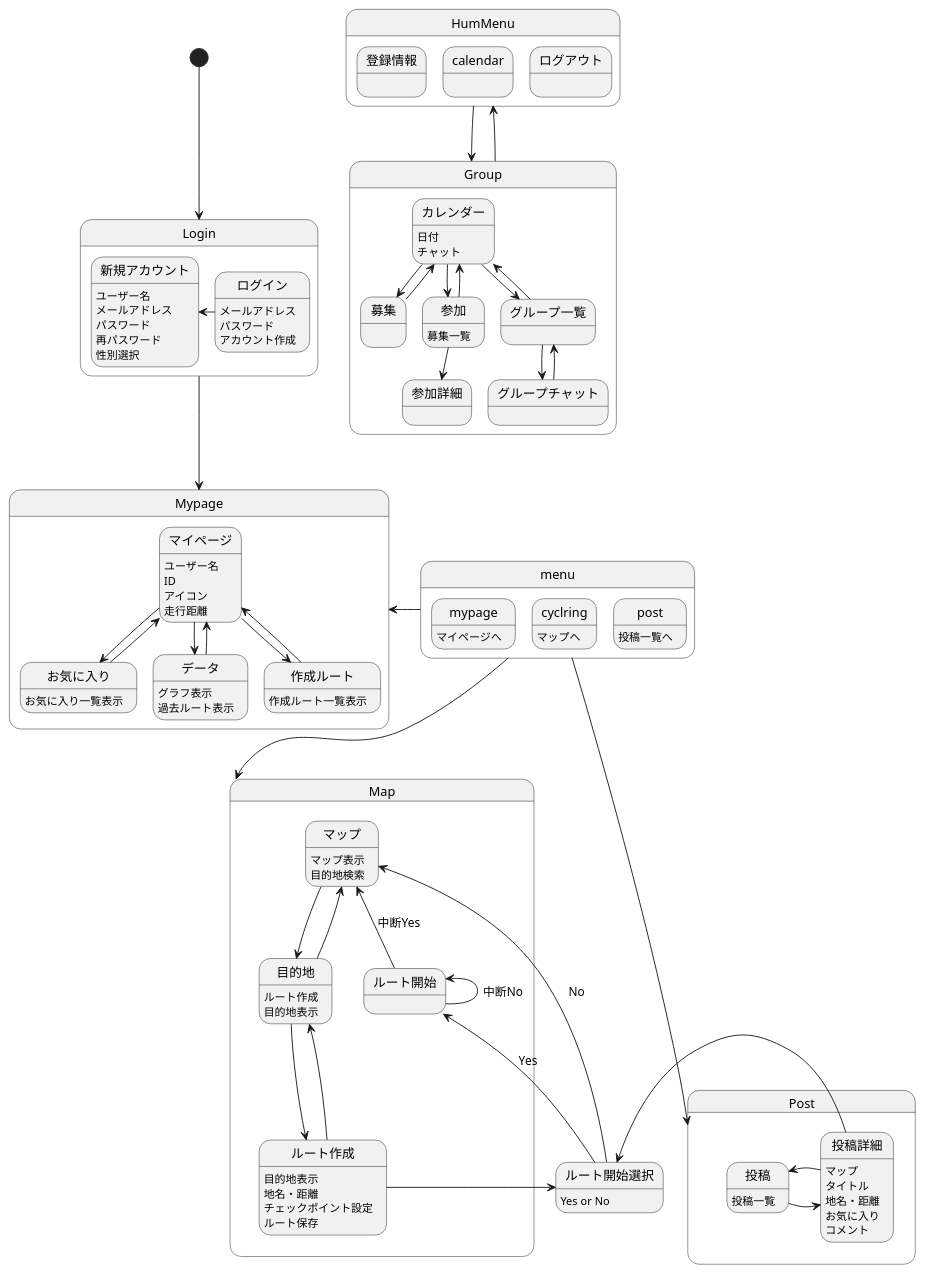
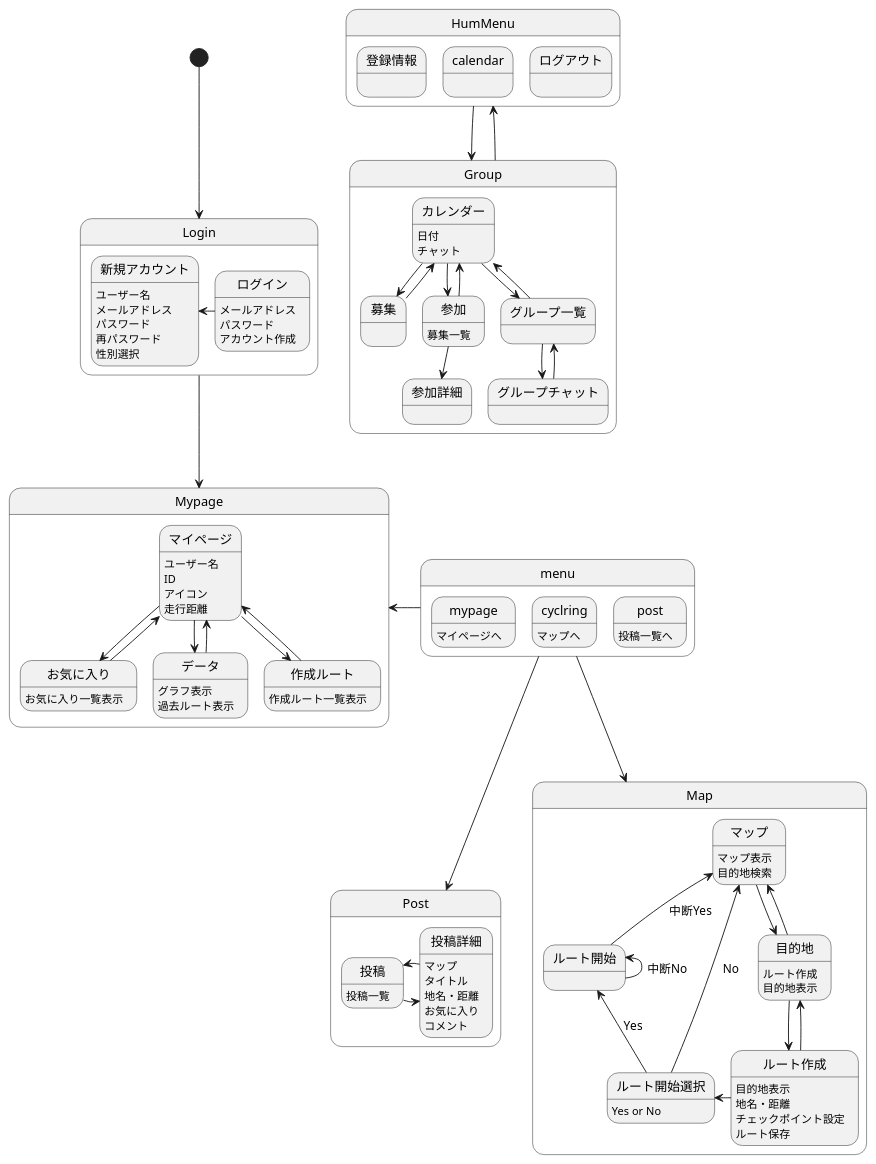
One commit to AsoSD3A3/CyclingSystem changed the diagram in 画面遷移図/gm.md. Above: the diagram before and after it, drawn with PlantUML.

```diff
--- a/画面遷移図/gm.md
+++ b/画面遷移図/gm.md
@@ -83,7 +83,6 @@
 投稿詳細:コメント
 }
 
-投稿詳細-left->ルート開始選択
 state Map{
 
 マップ:マップ表示
```
